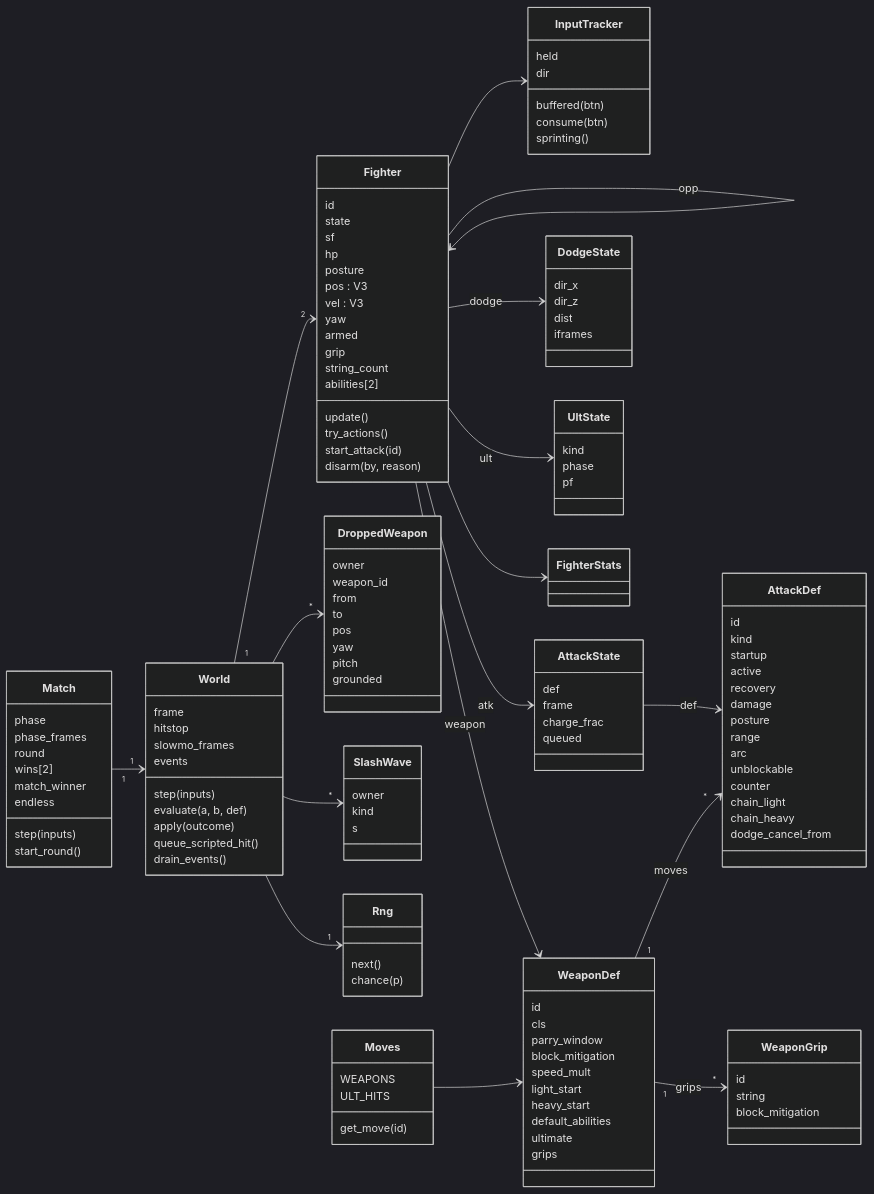
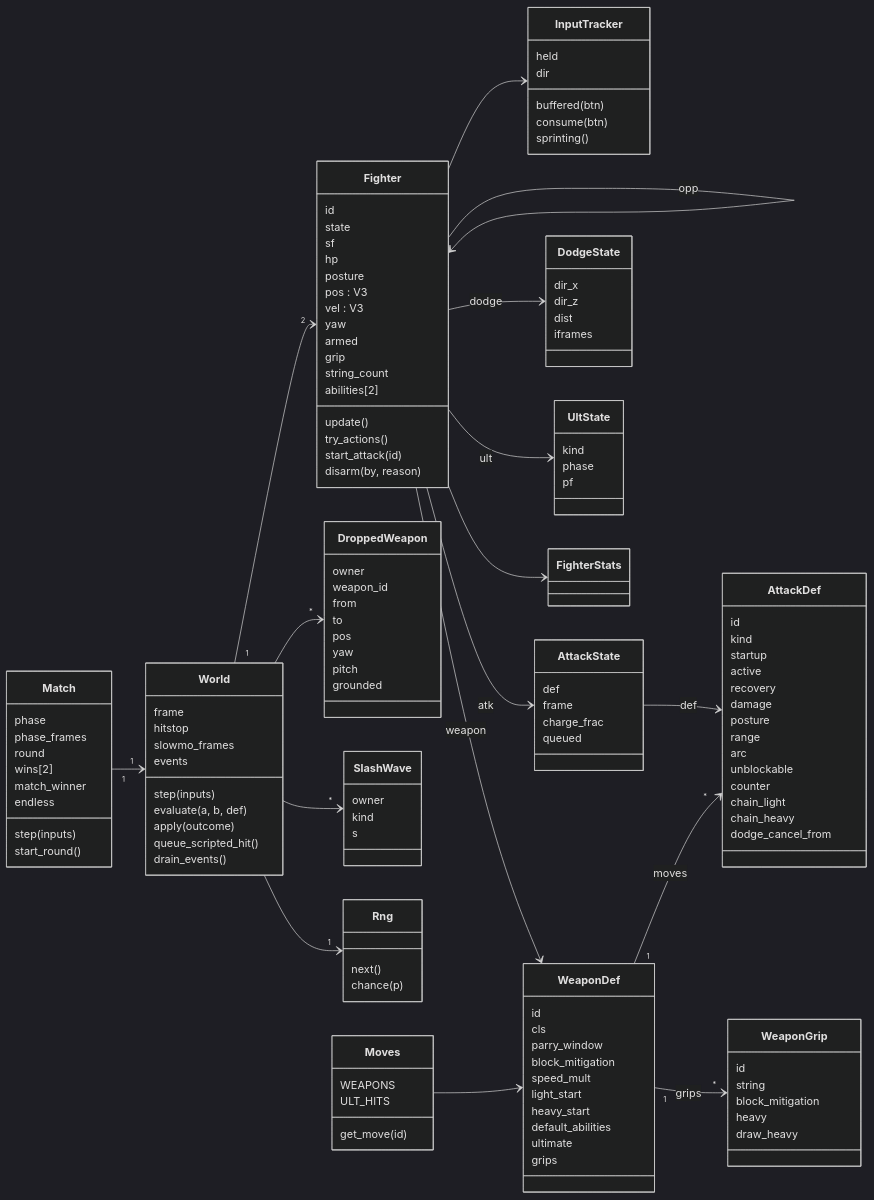
The sixth of 22 diagrams in docs/architecture.md (Arod231/monomachia), drawn with Mermaid (dark theme) before and after one commit. The commit also changed 22 other files, not shown here.

```diff
--- a/docs/architecture.md
+++ b/docs/architecture.md
@@ -345,6 +345,8 @@
         id
         string
         block_mitigation
+        heavy
+        draw_heavy
     }
     class AttackDef {
         id
```
